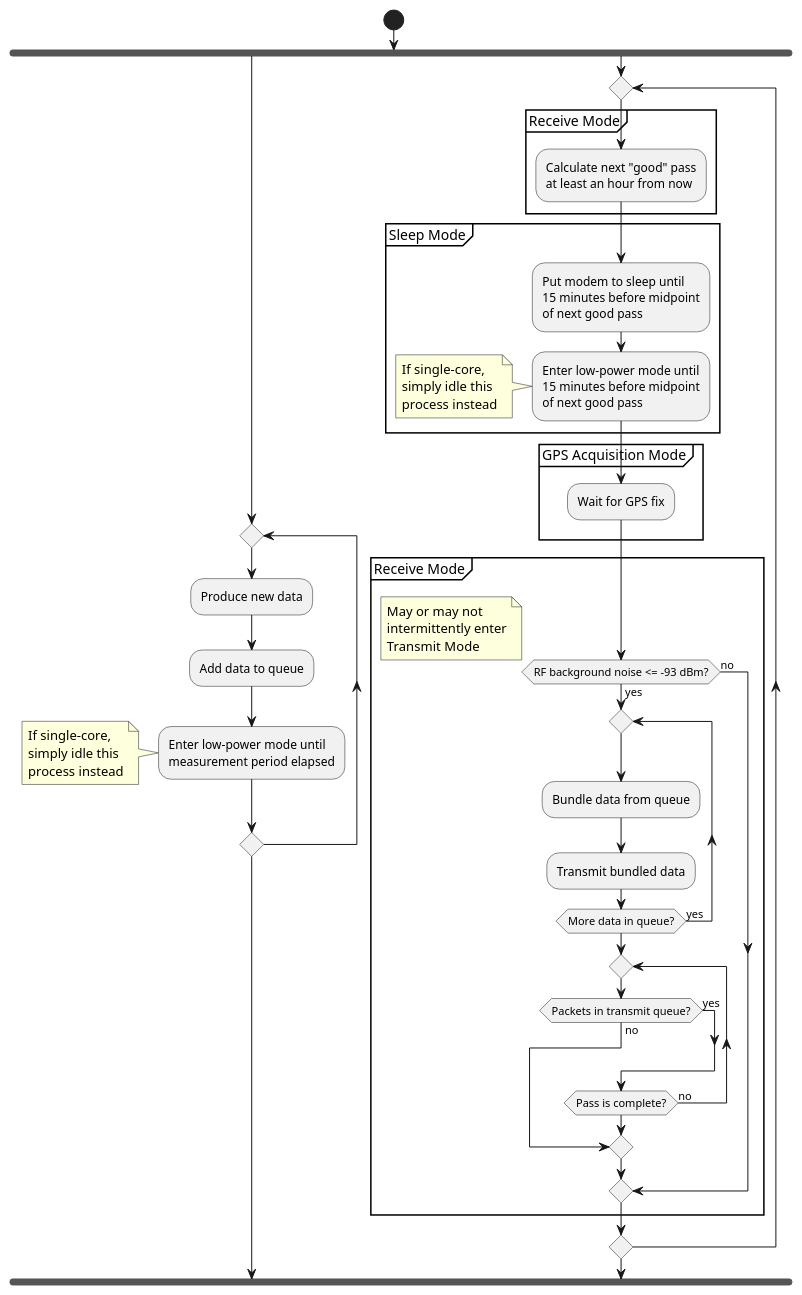
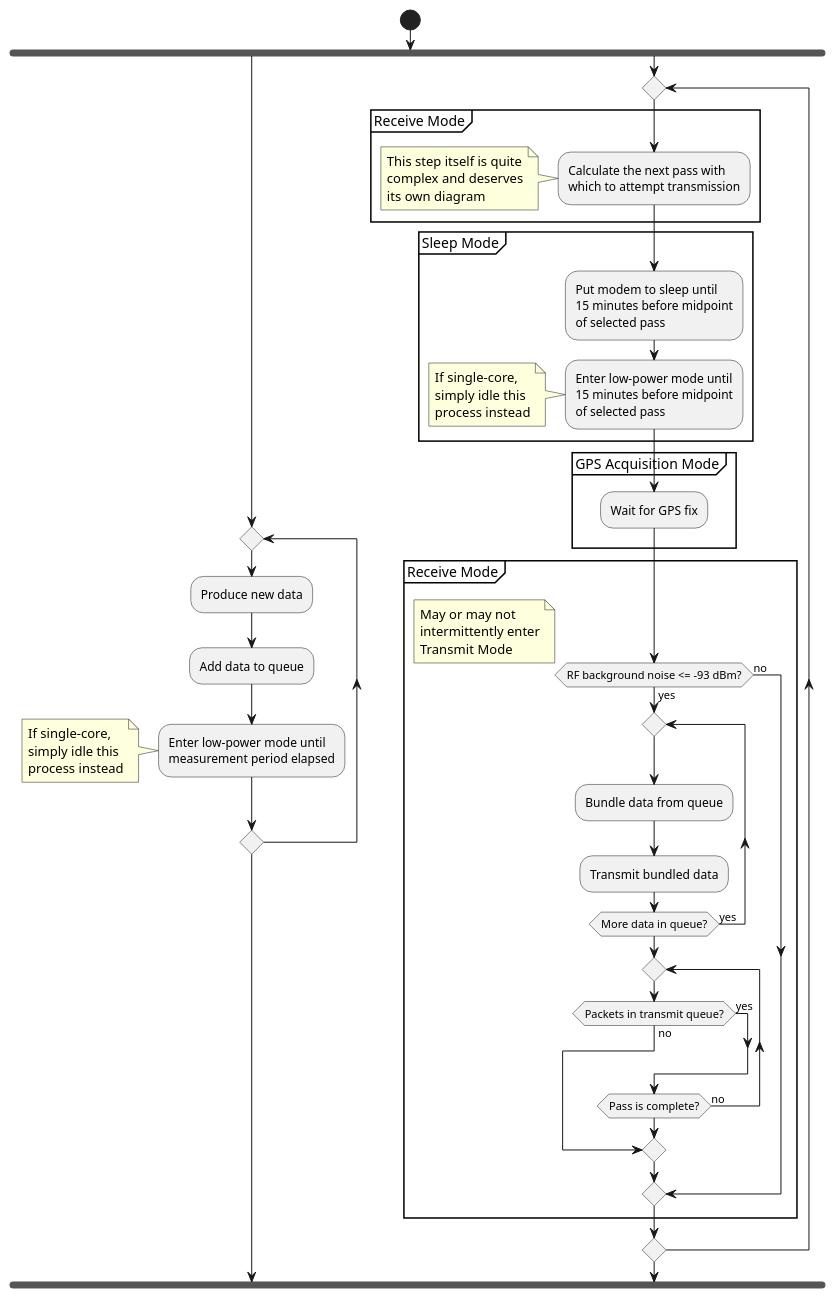
The diagram in hostAlgorithm.wsd (garrettkinman/MSc-Thesis-Diagrams), drawn with PlantUML before and after one commit.

Commit message:
minor changes to reflect new pass selection

```diff
--- a/hostAlgorithm.wsd
+++ b/hostAlgorithm.wsd
@@ -1,52 +1,53 @@
 @startuml
 
 
 
 start
 fork
     repeat
         :Produce new data;
         :Add data to queue;
         :Enter low-power mode until\nmeasurement period elapsed;
         note left: If single-core,\nsimply idle this\nprocess instead
     repeat while ()
 
 fork again
     repeat
         partition "Receive Mode" {
-            :Calculate next "good" pass\nat least an hour from now;
+            :Calculate the next pass with\nwhich to attempt transmission;
+            note left: This step itself is quite\ncomplex and deserves\nits own diagram
         }
         
         partition "Sleep Mode" {
-            :Put modem to sleep until\n15 minutes before midpoint\nof next good pass;
-            :Enter low-power mode until\n15 minutes before midpoint\nof next good pass;
+            :Put modem to sleep until\n15 minutes before midpoint\nof selected pass;
+            :Enter low-power mode until\n15 minutes before midpoint\nof selected pass;
             note left: If single-core,\nsimply idle this\nprocess instead
         }
 
         partition "GPS Acquisition Mode" {
             :Wait for GPS fix;
         }
 
         partition "Receive Mode" {
             if (RF background noise <= -93 dBm?) then (yes)
                 repeat
                     :Bundle data from queue;
                     :Transmit bundled data;
                 repeat while (More data in queue?) is (yes)
                 repeat
                     if (Packets in transmit queue?) then (no)
                         break
                     else (yes)
                         
                     endif
                 repeat while (Pass is complete?) is (no)
             else (no)
             endif
         }
         floating note: May or may not\nintermittently enter\nTransmit Mode
 
     repeat while ()
 
 end fork
 
 @enduml
```
